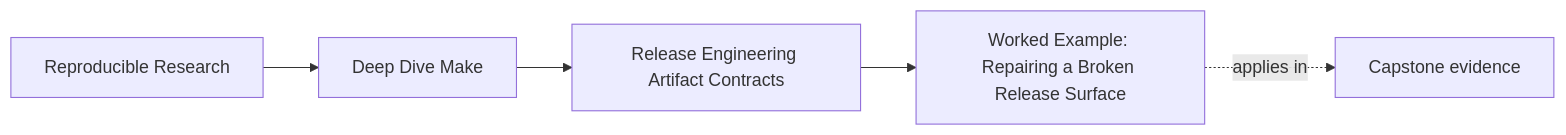
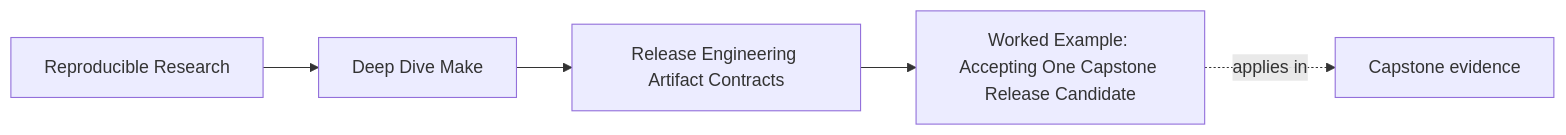
The first of 2 diagrams in programs/reproducible-research/deep-dive-make/course-book/module-08-release-engineering-artifact-contracts/worked-example-repairing-a-broken-release-surface.md (bijux/bijux-masterclass), drawn with Mermaid before and after one commit. The commit also changed other lines of this file, not shown here.

Commit message:
docs(make): make release acceptance executable

````diff
--- a/programs/reproducible-research/deep-dive-make/course-book/module-08-release-engineering-artifact-contracts/worked-example-repairing-a-broken-release-surface.md
+++ b/programs/reproducible-research/deep-dive-make/course-book/module-08-release-engineering-artifact-contracts/worked-example-repairing-a-broken-release-surface.md
@@ -7,11 +13,11 @@
 ```mermaid
 graph LR
   family["Reproducible Research"]
   program["Deep Dive Make"]
   section["Release Engineering Artifact Contracts"]
-  page["Worked Example: Repairing a Broken Release Surface"]
+  page["Worked Example: Accepting One Capstone Release Candidate"]
   capstone["Capstone evidence"]
 
   family --> program --> section --> page
   page -.applies in.-> capstone
 ```
````
